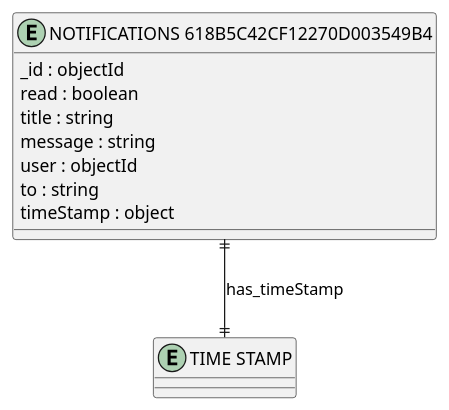
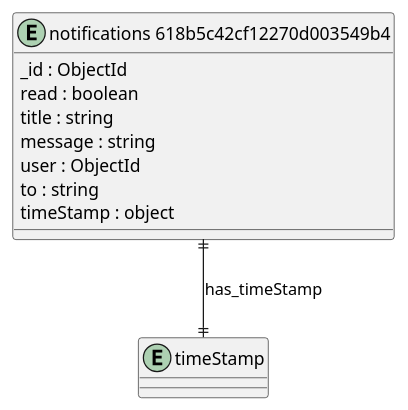
The diagram in erd_output/NOTIFICATIONS_618B5C42CF12270D003549B4.puml (DigitalPaani/DigitalPaani_ERD), drawn with PlantUML before and after one commit. The commit also changed 274 other files, not shown here.

Commit message:
fix: updated diagram and script

```diff
--- a/erd_output/NOTIFICATIONS_618B5C42CF12270D003549B4.puml
+++ b/erd_output/NOTIFICATIONS_618B5C42CF12270D003549B4.puml
@@ -1,18 +1,18 @@
-@startuml NOTIFICATIONS_618B5C42CF12270D003549B4_Diagram
+@startuml notifications_618b5c42cf12270d003549b4_Diagram
 
-entity "NOTIFICATIONS 618B5C42CF12270D003549B4" as NOTIFICATIONS_618B5C42CF12270D003549B4 {
-  _id : objectId
+entity "notifications 618b5c42cf12270d003549b4" as notifications_618b5c42cf12270d003549b4 {
+  _id : ObjectId
   read : boolean
   title : string
   message : string
-  user : objectId
+  user : ObjectId
   to : string
   timeStamp : object
 }
 
-entity "TIME STAMP" as TIME_STAMP {
+entity "timeStamp" as timeStamp {
 }
 
 ' // Relationships
-NOTIFICATIONS_618B5C42CF12270D003549B4 ||--|| TIME_STAMP : has_timeStamp
+notifications_618b5c42cf12270d003549b4 ||--|| timeStamp : has_timeStamp
 @enduml
```
